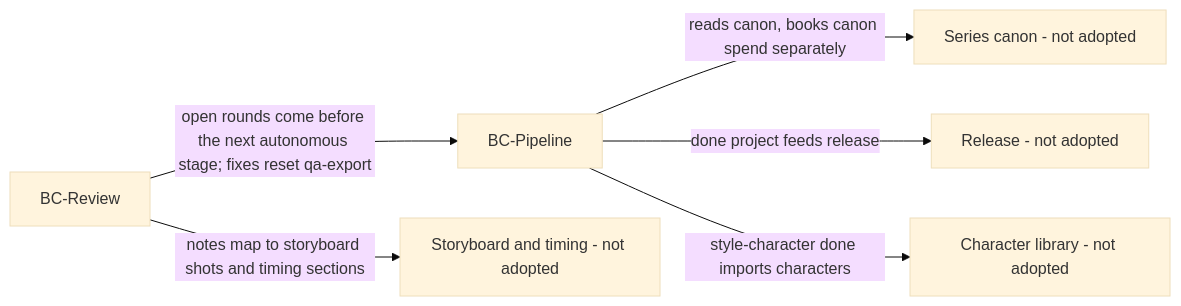
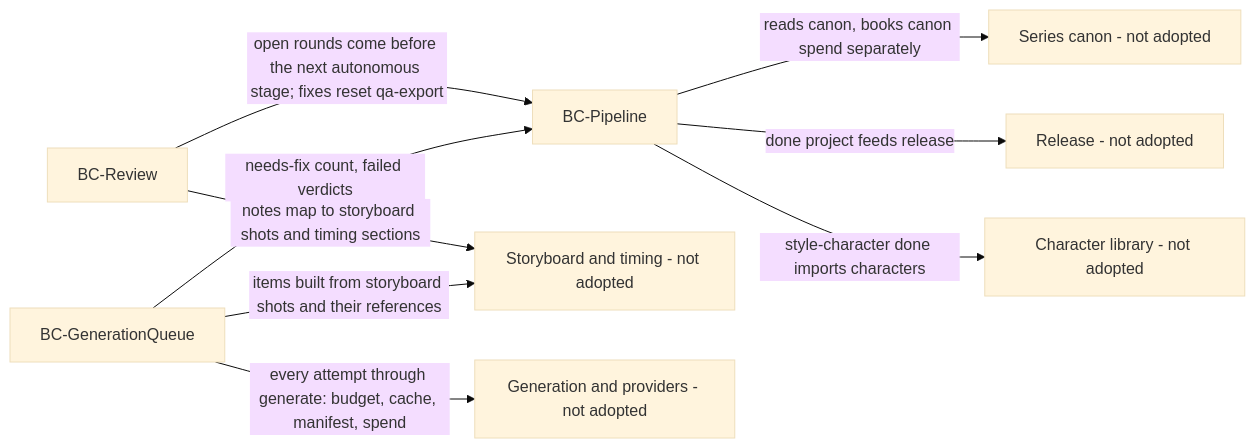
Before and after one commit to hemi1986/coreslopper: the diagram in docs/domain/context-map.as-is.md, drawn with Mermaid (base theme). The commit also changed other lines of this file and 14 other files, not shown here.

First line of the commit message:
docs: adopt the generation queue and verdicts slice

````diff
--- a/docs/domain/context-map.as-is.md
+++ b/docs/domain/context-map.as-is.md
@@ -9,8 +9,11 @@
 ```mermaid
 flowchart LR
   BC-Pipeline -->|reads canon, books canon spend separately| Series[Series canon - not adopted]
   BC-Review -->|open rounds come before the next autonomous stage; fixes reset qa-export| BC-Pipeline
   BC-Review -->|notes map to storyboard shots and timing sections| Storyboard[Storyboard and timing - not adopted]
   BC-Pipeline -->|done project feeds release| Release[Release - not adopted]
   BC-Pipeline -->|style-character done imports characters| Library[Character library - not adopted]
+  BC-GenerationQueue -->|every attempt through generate: budget, cache, manifest, spend| Generation[Generation and providers - not adopted]
+  BC-GenerationQueue -->|items built from storyboard shots and their references| Storyboard
+  BC-GenerationQueue -->|needs-fix count, failed verdicts| BC-Pipeline
 ```
````
